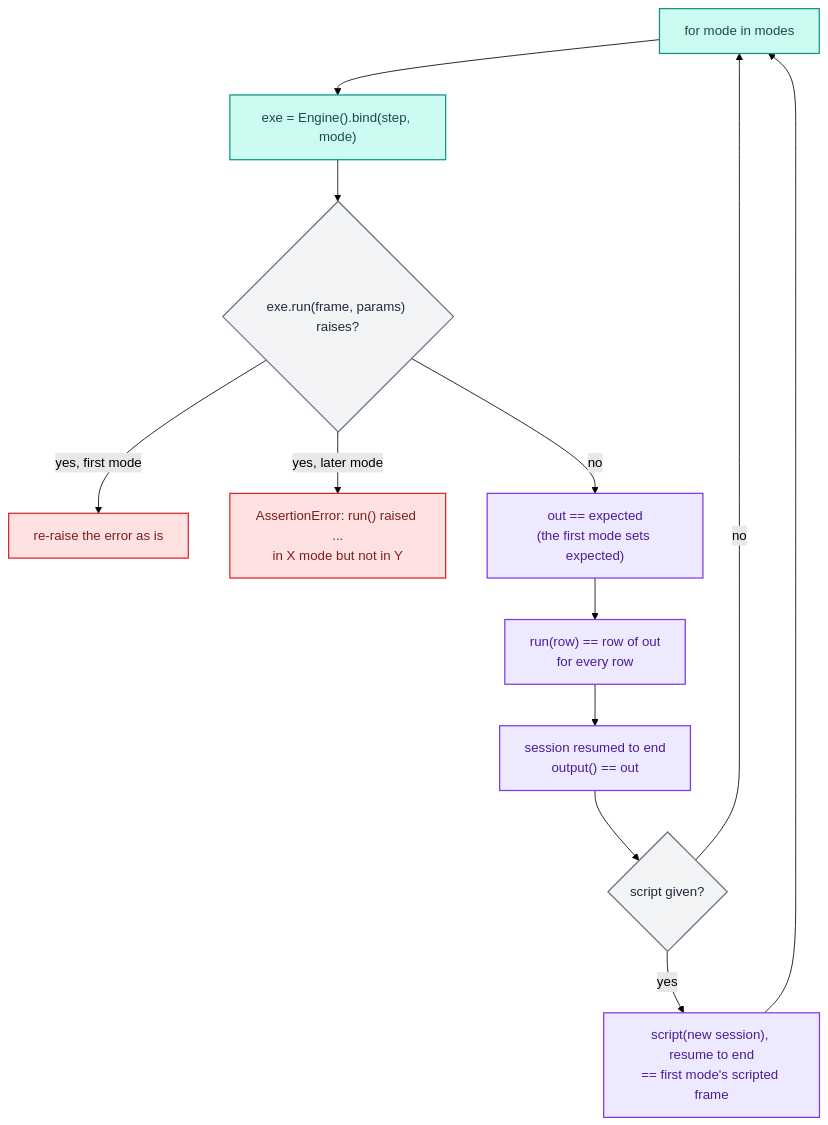
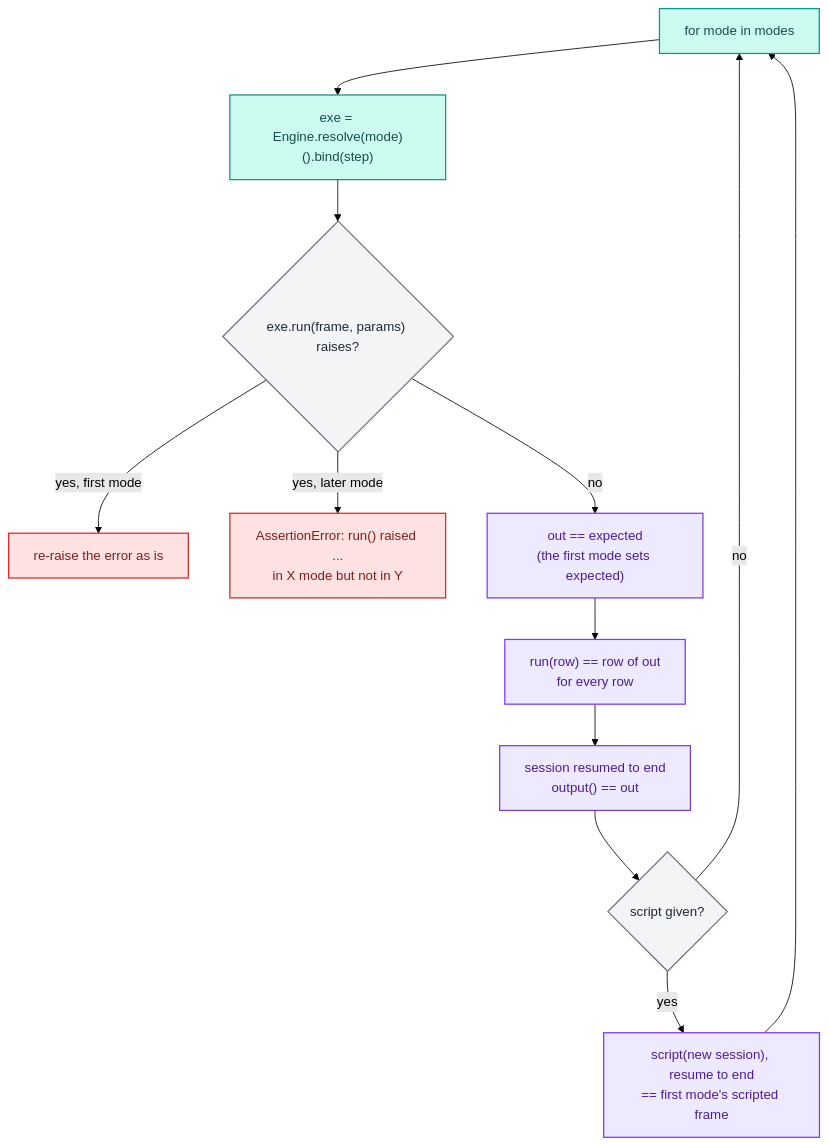
The first of 3 diagrams in docs/architecture/lab/testing.md (capitec/dsp-decision-engine), drawn with Mermaid (forest theme) before and after one commit. The commit also changed other lines of this file and 53 other files, not shown here.

````diff
--- a/docs/architecture/lab/testing.md
+++ b/docs/architecture/lab/testing.md
@@ -58,18 +58,18 @@
 ```mermaid
 flowchart TD
-  A["for mode in modes"]:::engine --> B["exe = Engine().bind(step, mode)"]:::engine
+  A["for mode in modes"]:::engine --> B["exe = Engine.resolve(mode)().bind(step)"]:::engine
   B --> C{"exe.run(frame, params) raises?"}:::neutral
   C -- "yes, first mode" --> E1["re-raise the error as is"]:::error
   C -- "yes, later mode" --> E2["AssertionError: run() raised ...<br/>in X mode but not in Y"]:::error
   C -- no --> D["out == expected<br/>(the first mode sets expected)"]:::tooling
   D --> F["run(row) == row of out<br/>for every row"]:::tooling
   F --> G["session resumed to end<br/>output() == out"]:::tooling
   G --> H{"script given?"}:::neutral
   H -- yes --> I["script(new session), resume to end<br/>== first mode's scripted frame"]:::tooling
   H -- no --> A
   I --> A
   classDef engine fill:#ccfbf1,stroke:#0d9488,color:#134e4a,stroke-width:1.5px;
   classDef tooling fill:#ede9fe,stroke:#7c3aed,color:#4c1d95,stroke-width:1.5px;
   classDef neutral fill:#f3f4f6,stroke:#6b7280,color:#1f2937,stroke-width:1.5px;
   classDef error fill:#fee2e2,stroke:#dc2626,color:#7f1d1d,stroke-width:1.5px;
 ```
````
